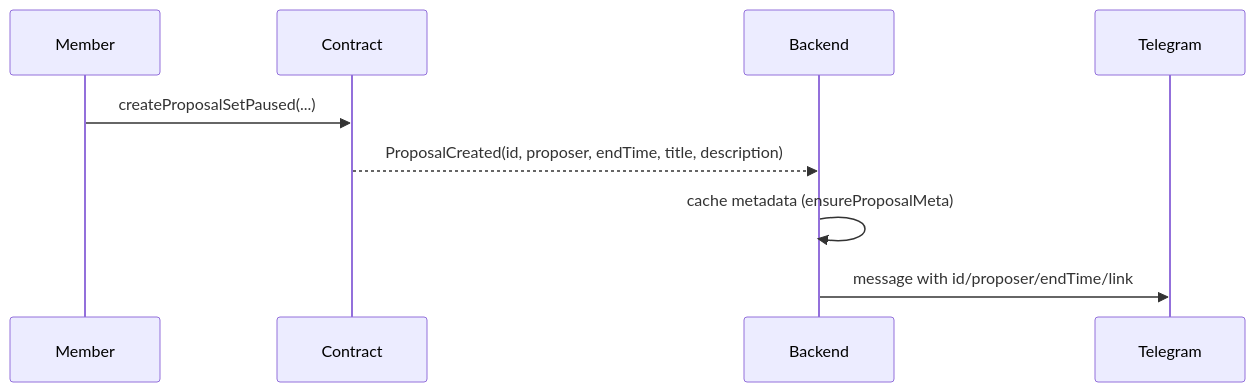
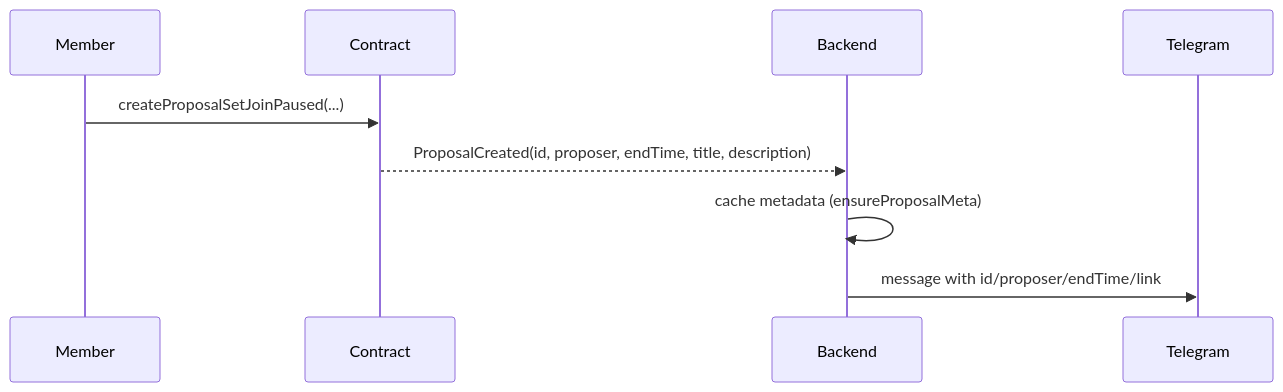
The seventh of 11 diagrams in docs/CORE_FLOW_DOCS.MD (templ-fun/templ-evm-protocol), drawn with Mermaid before and after one commit. The commit also changed other lines of this file and 69 other files, not shown here.

Commit message:
refactor: rename membership flows to join terminology

````diff
--- a/docs/CORE_FLOW_DOCS.MD
+++ b/docs/CORE_FLOW_DOCS.MD
@@ -114,11 +114,11 @@
 ```mermaid
 sequenceDiagram
     participant M as Member
     participant C as Contract
     participant B as Backend
     participant T as Telegram
-    M->>C: createProposalSetPaused(...)
+    M->>C: createProposalSetJoinPaused(...)
     C-->>B: ProposalCreated(id, proposer, endTime, title, description)
     B->>B: cache metadata (ensureProposalMeta)
     B->>T: message with id/proposer/endTime/link
 ```
````
